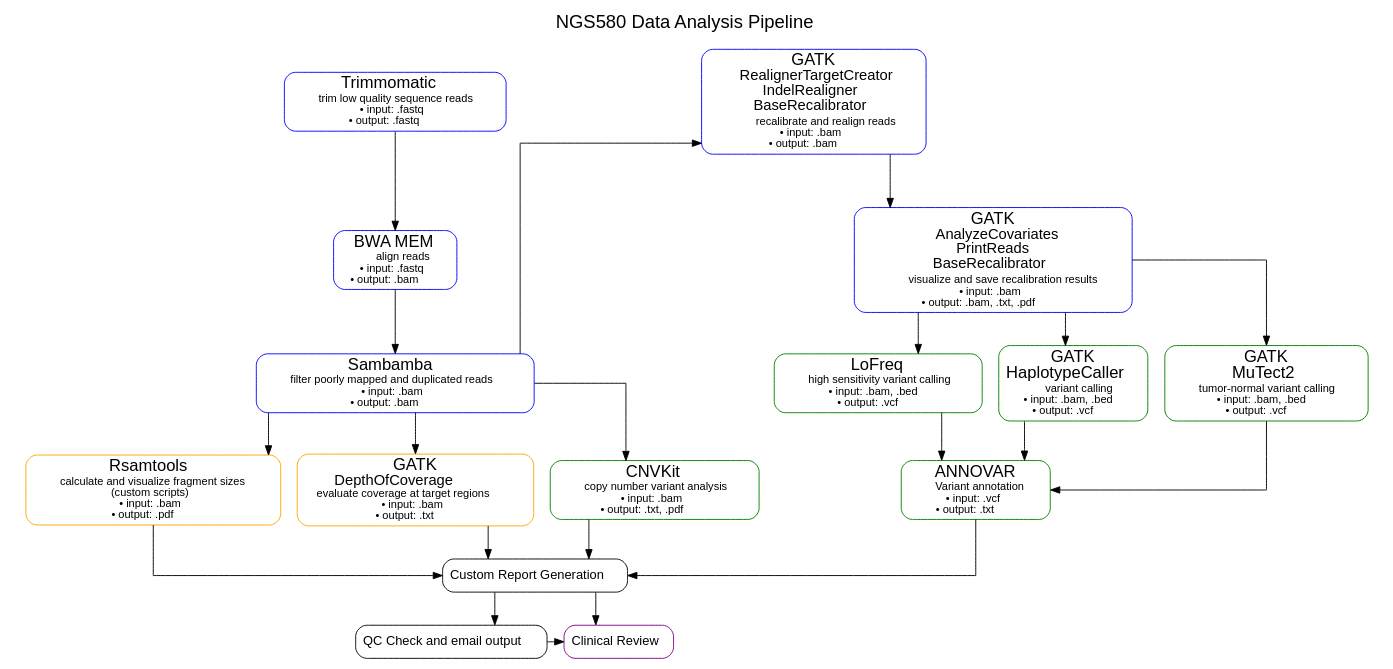
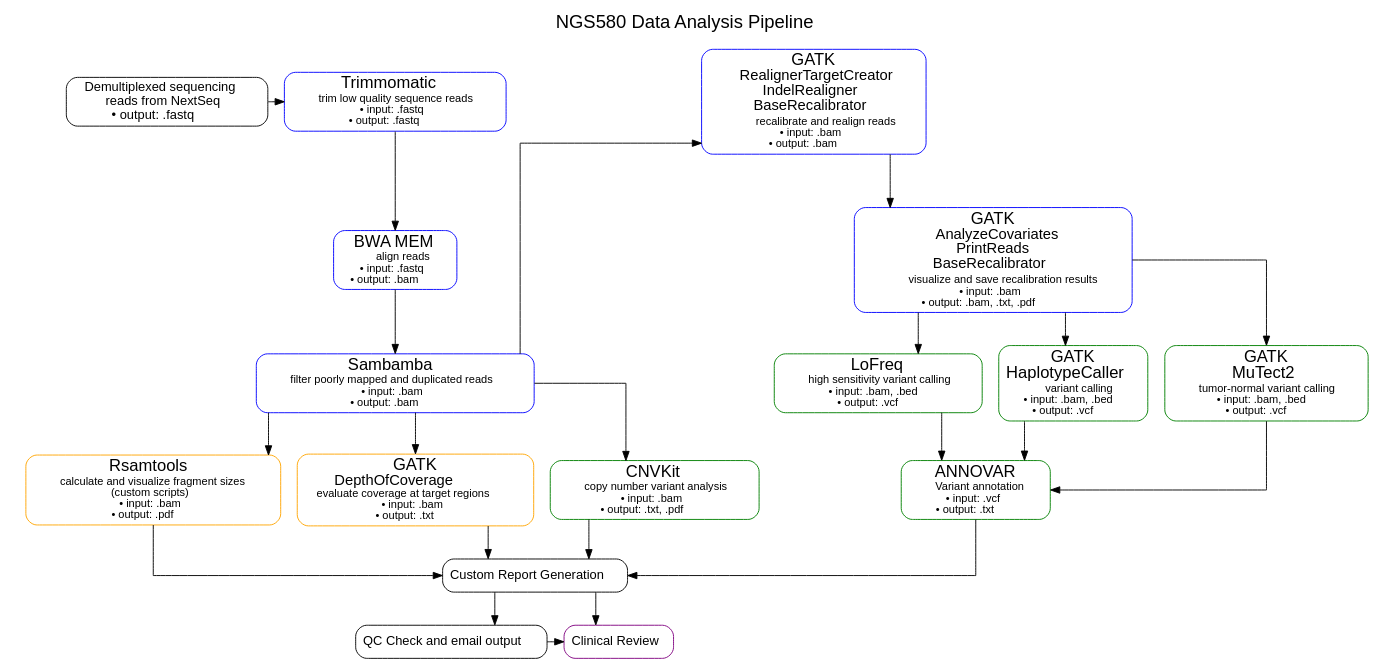
The diagram in pipline_workflow.dot (NYU-Molecular-Pathology/writeup), drawn with Graphviz before and after one commit. The commit also changed 1 other file, not shown here.

Commit message:
add start node

```diff
--- a/pipline_workflow.dot
+++ b/pipline_workflow.dot
@@ -9,6 +9,7 @@
 edge [fontname = "helvetica"];
 
 // define all the nodes in the order of appearance
+Start
 Trimmomatic
 BWA_MEM
 Sambamba
@@ -26,6 +27,15 @@
 Review
 
 // add styles and labels to the pipeline steps
+Start [
+    label=<<FONT POINT-SIZE="14">
+    Demultiplexed sequencing<BR />
+    reads from NextSeq<BR />
+    &#8226; output: .fastq
+    </FONT>>,
+    style=rounded, shape=box, color=Black
+    ]
+
 // pre-processing pipeline steps
 Trimmomatic [
     label=<<FONT POINT-SIZE="18">Trimmomatic</FONT><BR />
@@ -198,7 +208,8 @@
 
 splines="ortho"
 
-{rank=same Trimmomatic GATK_Realign}
+{rank=same Start Trimmomatic GATK_Realign}
+Start -> Trimmomatic
 
 Sambamba -> CNV
 CNV -> Reporting
```
